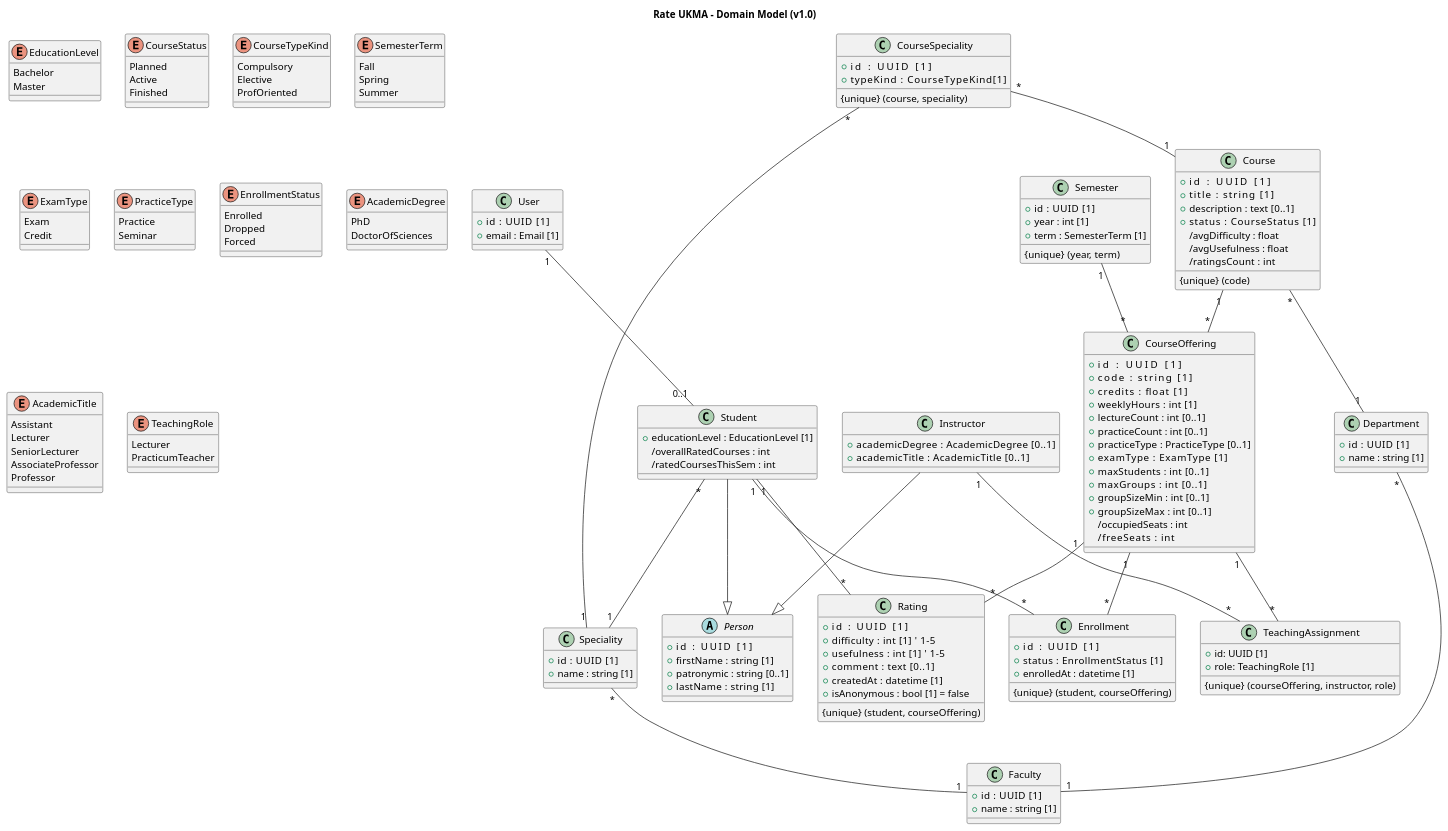
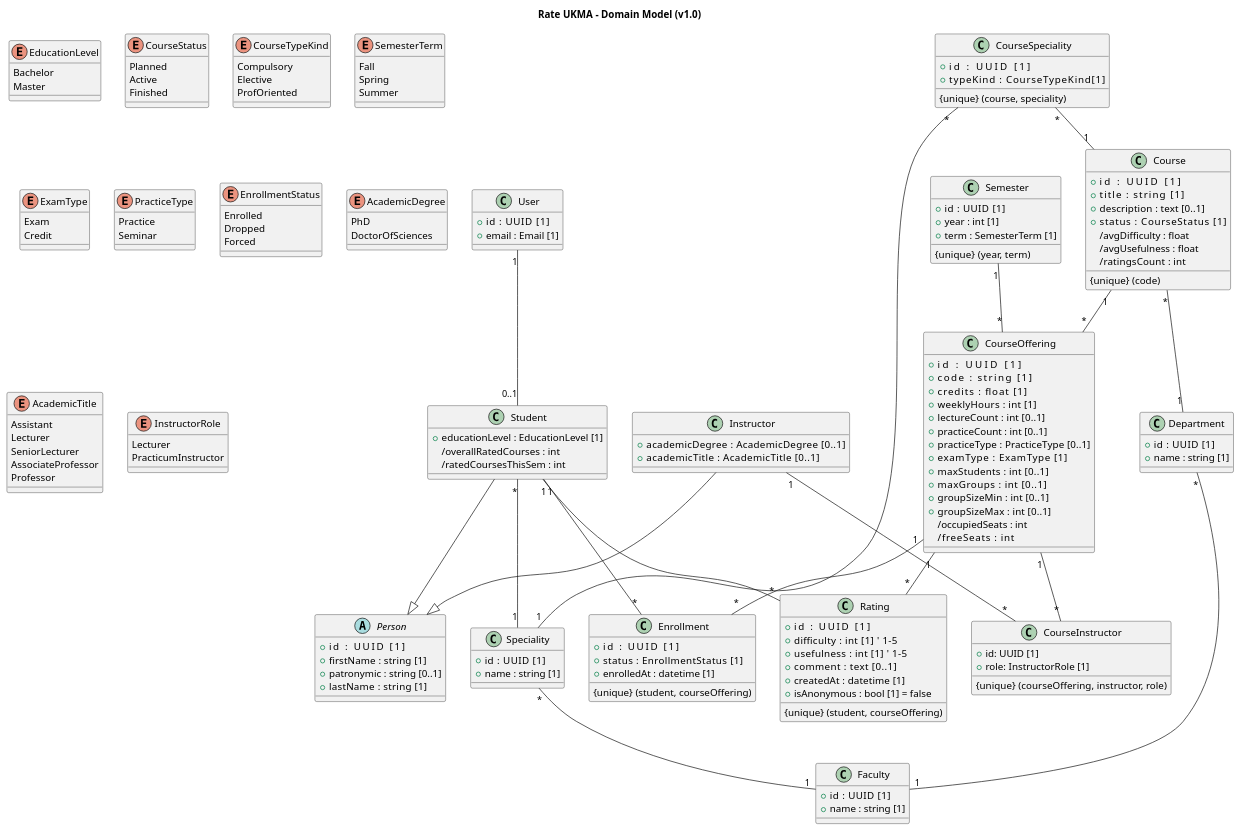
Before and after one commit to ukma-cs-ssdm-2025/rate-ukma: the diagram in docs/architecture/uml/domain-model.puml, drawn with PlantUML.

Commit message:
docs(#86): rename entities with 'teach' prefix to 'instructor'

```diff
--- a/docs/architecture/uml/domain-model.puml
+++ b/docs/architecture/uml/domain-model.puml
@@ -1,181 +1,180 @@
 @startuml core-domain-model
 title Rate UKMA – Domain Model (v1.0)
 
 class User {
   +id    : UUID [1]
   +email : Email [1]
 }
 
 abstract class Person {
   +id         : UUID [1]
   +firstName  : string [1]
   +patronymic : string [0..1]
   +lastName   : string [1]
 }
 
 class Student {
   +educationLevel : EducationLevel [1]
   /overallRatedCourses : int
   /ratedCoursesThisSem : int
 }
 User "1" -- "0..1" Student
 Student "*" -- "1" Speciality
 Student --|> Person
 
 class Instructor {
   +academicDegree     : AcademicDegree [0..1]
   +academicTitle      : AcademicTitle [0..1]
 }
 Instructor --|> Person
 
 class Faculty {
   +id   : UUID [1]
   +name : string [1]
 }
 
 class Department {
   +id   : UUID [1]
   +name : string [1]
 }
 Department "*" -- "1" Faculty
 
 class Speciality {
   +id   : UUID [1]
   +name : string [1]
 }
 Speciality "*" -- "1" Faculty
 
 class Course {
   +id           : UUID [1]
   +title        : string [1]
   +description  : text [0..1]
   +status       : CourseStatus [1]
   /avgDifficulty : float
   /avgUsefulness : float
   /ratingsCount  : int
   {unique} (code)
 }
 Course "*" -- "1" Department
 
 class CourseSpeciality {
   +id           : UUID [1]
   +typeKind         : CourseTypeKind[1]
   {unique} (course, speciality)
 }
 CourseSpeciality "*" -- "1" Course
 CourseSpeciality "*" -- "1" Speciality
 
 class Semester {
   +id   : UUID [1]
   +year : int [1]
   +term : SemesterTerm [1]
   {unique} (year, term)
 }
 
 class CourseOffering {
   +id            : UUID [1]
   +code          : string [1]
   +credits       : float [1]
   +weeklyHours   : int [1]
   +lectureCount  : int [0..1]
   +practiceCount : int [0..1]
   +practiceType  : PracticeType [0..1]
   +examType      : ExamType [1]
   +maxStudents   : int [0..1]
   +maxGroups     : int [0..1]
   +groupSizeMin  : int [0..1]
   +groupSizeMax  : int [0..1]
   /occupiedSeats : int
   /freeSeats     : int
 }
 Course "1"   -- "*" CourseOffering
 Semester "1" -- "*" CourseOffering
 
-class TeachingAssignment {
+class CourseInstructor {
   +id: UUID [1]
-  +role: TeachingRole [1]
+  +role: InstructorRole [1]
   {unique} (courseOffering, instructor, role)
 }
-CourseOffering "1" -- "*" TeachingAssignment
-Instructor "1" -- "*" TeachingAssignment
-
+CourseOffering "1" -- "*" CourseInstructor
+Instructor "1" -- "*" CourseInstructor
 
 class Enrollment {
   +id         : UUID [1]
   +status     : EnrollmentStatus [1]
   +enrolledAt : datetime [1]
   {unique} (student, courseOffering)
 }
 Student "1"        -- "*" Enrollment
 CourseOffering "1" -- "*" Enrollment
 
 class Rating {
   +id         : UUID [1]
   +difficulty : int [1]    ' 1–5
   +usefulness : int [1]    ' 1–5
   +comment    : text [0..1]
   +createdAt  : datetime [1]
   +isAnonymous : bool [1] = false
   {unique} (student, courseOffering)
 }
 Student "1" -- "*" Rating
 CourseOffering  "1" -- "*" Rating
 
 enum EducationLevel {
   Bachelor
   Master
 }
 
 enum CourseStatus {
   Planned
   Active
   Finished
 }
 
 enum CourseTypeKind {
   Compulsory
   Elective
   ProfOriented
 }
 
 enum SemesterTerm {
   Fall
   Spring
   Summer
 }
 
 enum ExamType {
   Exam
   Credit
 }
 
 enum PracticeType {
   Practice
   Seminar
 }
 
 enum EnrollmentStatus {
   Enrolled
   Dropped
   Forced
 }
 
 enum AcademicDegree {
   PhD
   DoctorOfSciences
 }
 
 enum AcademicTitle {
   Assistant
   Lecturer
   SeniorLecturer
   AssociateProfessor   
   Professor            
 }
 
-enum TeachingRole {
+enum InstructorRole {
   Lecturer
-  PracticumTeacher
+  PracticumInstructor
 }
 
 @enduml
```
